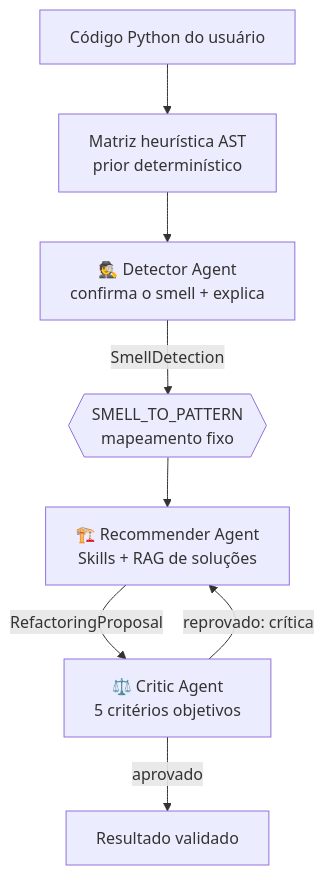
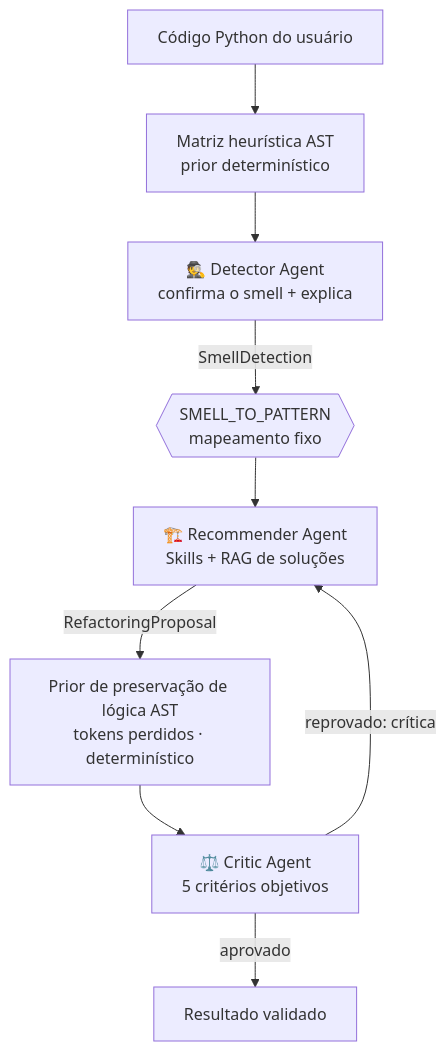
Before and after one commit to jvras58/refactor-os: the diagram in docs/apresentacao/apresentacao.md, drawn with Mermaid. The commit also changed other lines of this file, not shown here.

First line of the commit message:
docs: add the Critic logic prior to the overview diagram

````diff
--- a/docs/apresentacao/apresentacao.md
+++ b/docs/apresentacao/apresentacao.md
@@ -60,10 +60,11 @@
 ```mermaid
 flowchart TD
     U[Código Python do usuário] --> H[Matriz heurística AST<br/>prior determinístico]
     H --> D[🕵️ Detector Agent<br/>confirma o smell + explica]
     D -->|SmellDetection| M{{SMELL_TO_PATTERN<br/>mapeamento fixo}}
     M --> R[🏗️ Recommender Agent<br/>Skills + RAG de soluções]
-    R -->|RefactoringProposal| C[⚖️ Critic Agent<br/>5 critérios objetivos]
+    R -->|RefactoringProposal| L[Prior de preservação de lógica AST<br/>tokens perdidos · determinístico]
+    L --> C[⚖️ Critic Agent<br/>5 critérios objetivos]
     C -->|reprovado: crítica| R
     C -->|aprovado| OUT[Resultado validado]
 ```
````
